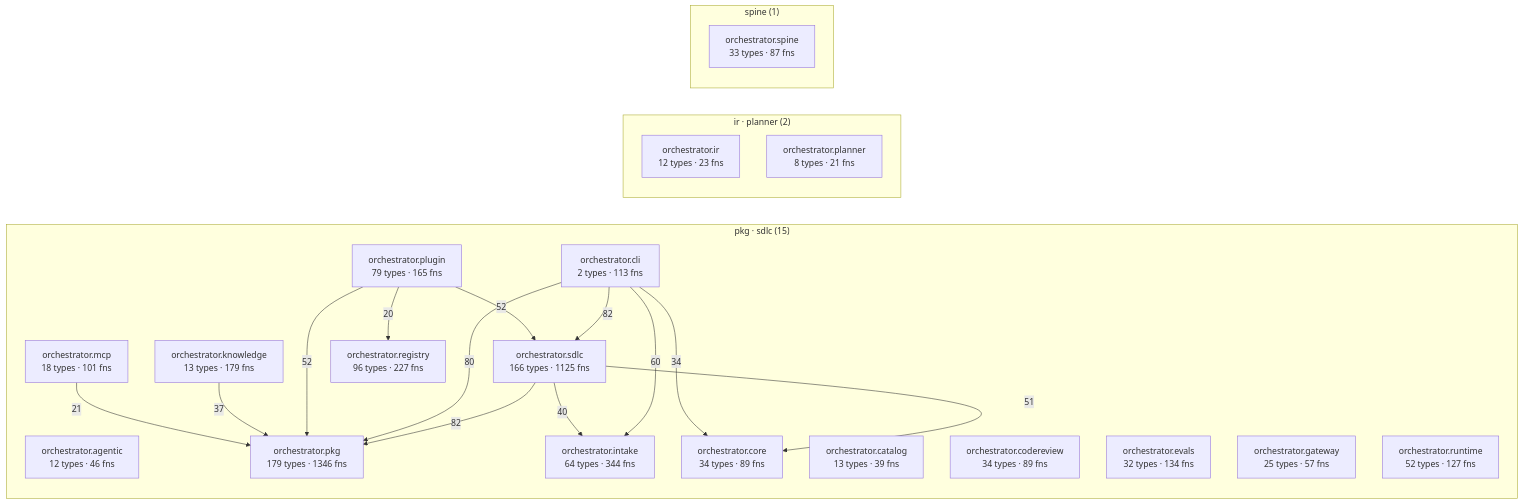
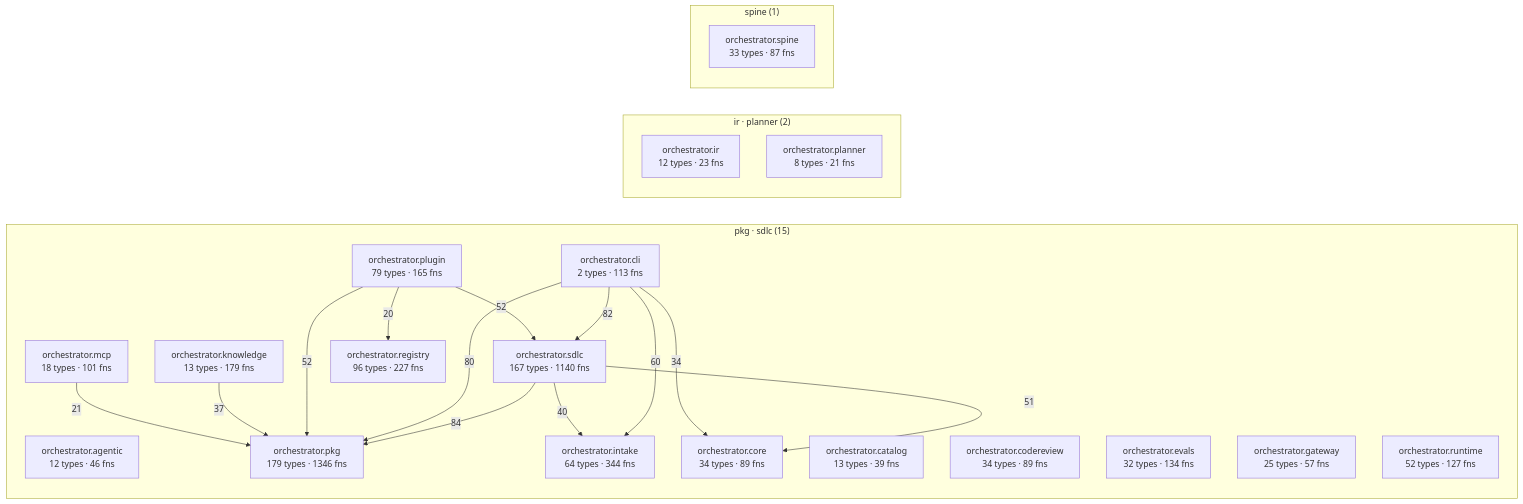
Before and after one commit to synaptixs/spine: the diagram in episteme/architecture.md, drawn with Mermaid. The commit also changed other lines of this file and 18 other files, not shown here.

````diff
--- a/episteme/architecture.md
+++ b/episteme/architecture.md
@@ -56,39 +56,39 @@
 ```mermaid
 flowchart LR
   subgraph c_2["pkg · sdlc (15)"]
     aorchestratoragentic["orchestrator.agentic<br/>12 types · 46 fns"]
     aorchestratorcatalog["orchestrator.catalog<br/>13 types · 39 fns"]
     aorchestratorcli["orchestrator.cli<br/>2 types · 113 fns"]
     aorchestratorcodereview["orchestrator.codereview<br/>34 types · 89 fns"]
     aorchestratorcore["orchestrator.core<br/>34 types · 89 fns"]
     aorchestratorevals["orchestrator.evals<br/>32 types · 134 fns"]
     aorchestratorgateway["orchestrator.gateway<br/>25 types · 57 fns"]
     aorchestratorintake["orchestrator.intake<br/>64 types · 344 fns"]
     aorchestratorknowledge["orchestrator.knowledge<br/>13 types · 179 fns"]
     aorchestratormcp["orchestrator.mcp<br/>18 types · 101 fns"]
     aorchestratorpkg["orchestrator.pkg<br/>179 types · 1346 fns"]
     aorchestratorplugin["orchestrator.plugin<br/>79 types · 165 fns"]
     aorchestratorregistry["orchestrator.registry<br/>96 types · 227 fns"]
     aorchestratorruntime["orchestrator.runtime<br/>52 types · 127 fns"]
-    aorchestratorsdlc["orchestrator.sdlc<br/>166 types · 1125 fns"]
+    aorchestratorsdlc["orchestrator.sdlc<br/>167 types · 1140 fns"]
   end
   subgraph c_5["ir · planner (2)"]
     aorchestratorir["orchestrator.ir<br/>12 types · 23 fns"]
     aorchestratorplanner["orchestrator.planner<br/>8 types · 21 fns"]
   end
   subgraph c_10["spine (1)"]
     aorchestratorspine["orchestrator.spine<br/>33 types · 87 fns"]
   end
+  aorchestratorsdlc -->|84| aorchestratorpkg
   aorchestratorcli -->|82| aorchestratorsdlc
-  aorchestratorsdlc -->|82| aorchestratorpkg
   aorchestratorcli -->|80| aorchestratorpkg
   aorchestratorcli -->|60| aorchestratorintake
   aorchestratorplugin -->|52| aorchestratorpkg
   aorchestratorplugin -->|52| aorchestratorsdlc
   aorchestratorsdlc -->|51| aorchestratorcore
   aorchestratorsdlc -->|40| aorchestratorintake
   aorchestratorknowledge -->|37| aorchestratorpkg
   aorchestratorcli -->|34| aorchestratorcore
   aorchestratormcp -->|21| aorchestratorpkg
   aorchestratorplugin -->|20| aorchestratorregistry
 ```
````
